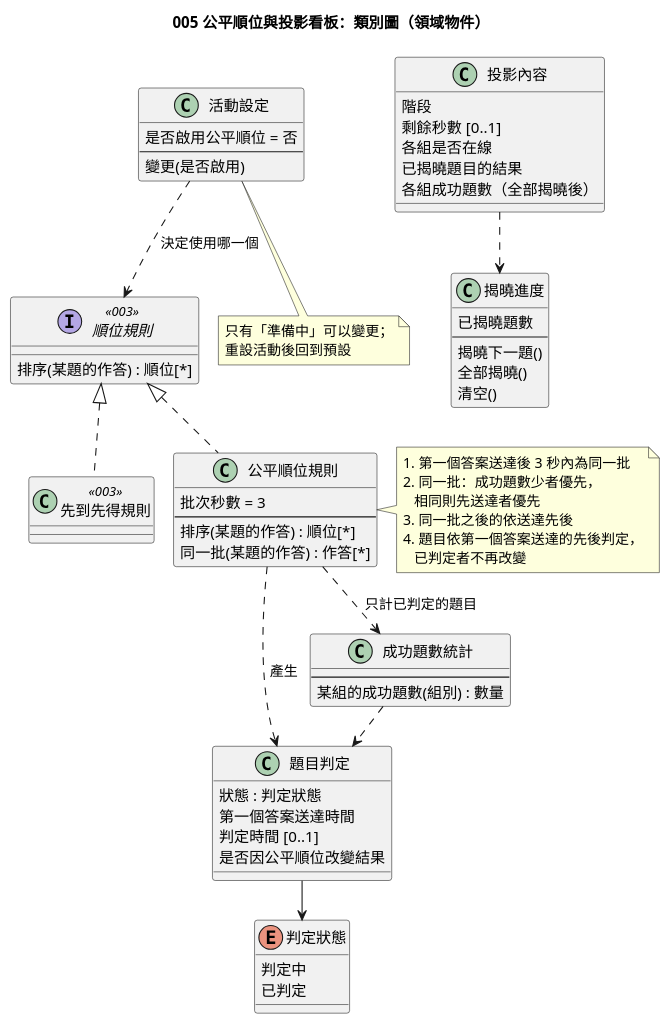
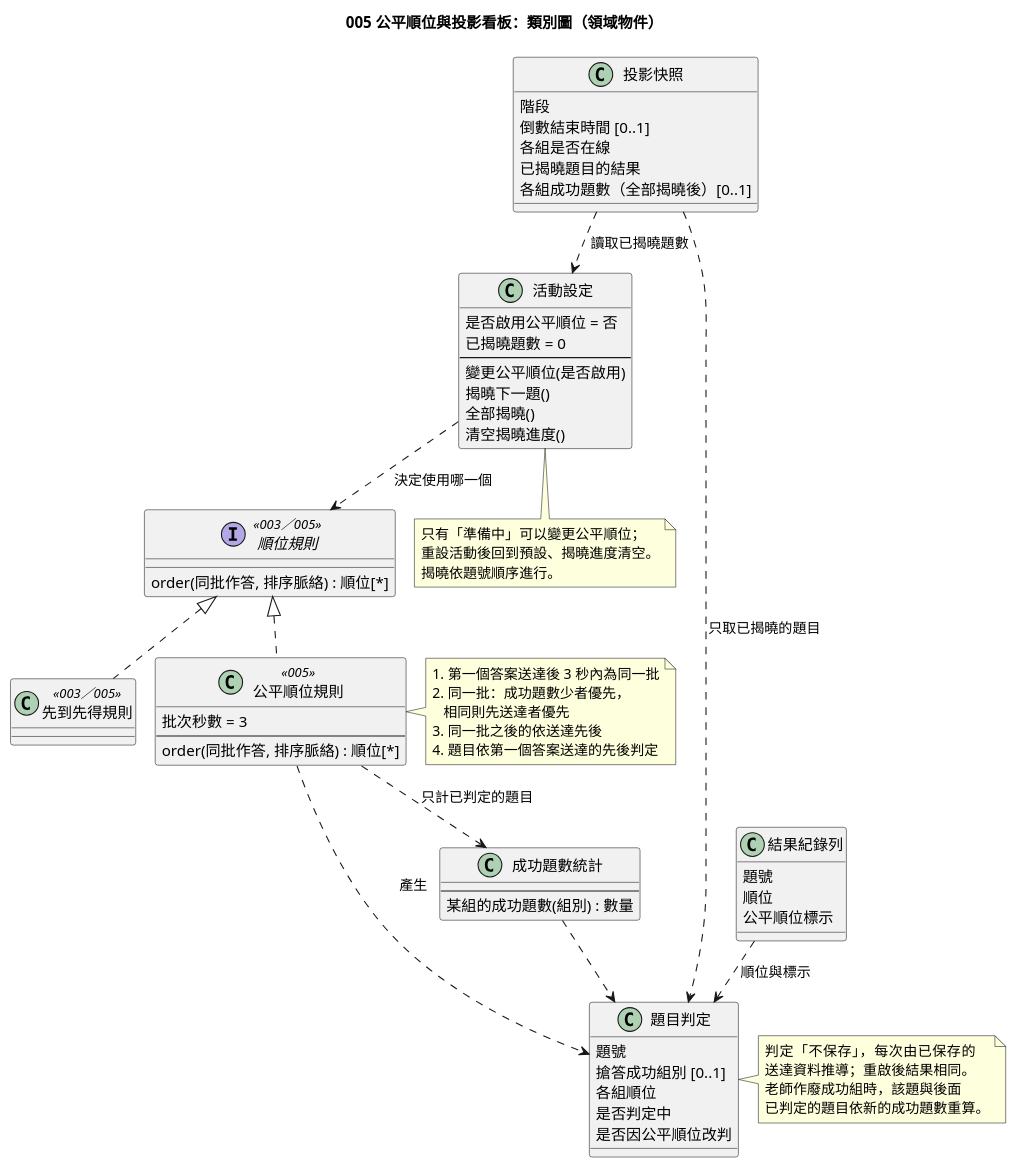
One commit to Danielweng0902/Answering-System_speckit changed the diagram in diagrams/005-fairness-and-extras-class.puml. Above: the diagram before and after it, drawn with PlantUML. The commit also changed 82 other files, not shown here.

```diff
--- a/diagrams/005-fairness-and-extras-class.puml
+++ b/diagrams/005-fairness-and-extras-class.puml
@@ -1,79 +1,84 @@
 @startuml
 !pragma layout smetana
 title 005 公平順位與投影看板：類別圖（領域物件）
 
-interface 順位規則 <<003>> {
-  排序(某題的作答) : 順位[*]
+interface 順位規則 <<003／005>> {
+  order(同批作答, 排序脈絡) : 順位[*]
 }
 
-class 先到先得規則 <<003>>
+class 先到先得規則 <<003／005>>
 
-class 公平順位規則 {
+class 公平順位規則 <<005>> {
   批次秒數 = 3
   --
-  排序(某題的作答) : 順位[*]
-  同一批(某題的作答) : 作答[*]
+  order(同批作答, 排序脈絡) : 順位[*]
 }
 
 class 活動設定 {
   是否啟用公平順位 = 否
+  已揭曉題數 = 0
   --
-  變更(是否啟用)
-}
-
-enum 判定狀態 {
-  判定中
-  已判定
+  變更公平順位(是否啟用)
+  揭曉下一題()
+  全部揭曉()
+  清空揭曉進度()
 }
 
 class 題目判定 {
-  狀態 : 判定狀態
-  第一個答案送達時間
-  判定時間 [0..1]
-  是否因公平順位改變結果
+  題號
+  搶答成功組別 [0..1]
+  各組順位
+  是否判定中
+  是否因公平順位改判
 }
 
 class 成功題數統計 {
   --
   某組的成功題數(組別) : 數量
 }
 
-class 揭曉進度 {
-  已揭曉題數
-  --
-  揭曉下一題()
-  全部揭曉()
-  清空()
+class 投影快照 {
+  階段
+  倒數結束時間 [0..1]
+  各組是否在線
+  已揭曉題目的結果
+  各組成功題數（全部揭曉後）[0..1]
 }
 
-class 投影內容 {
-  階段
-  剩餘秒數 [0..1]
-  各組是否在線
-  已揭曉題目的結果
-  各組成功題數（全部揭曉後）
+class 結果紀錄列 {
+  題號
+  順位
+  公平順位標示
 }
 
 順位規則 <|.. 先到先得規則
 順位規則 <|.. 公平順位規則
 活動設定 ..> 順位規則 : 決定使用哪一個
 公平順位規則 ..> 成功題數統計 : 只計已判定的題目
 公平順位規則 ..> 題目判定 : 產生
-題目判定 --> 判定狀態
 成功題數統計 ..> 題目判定
-投影內容 ..> 揭曉進度
+投影快照 ..> 活動設定 : 讀取已揭曉題數
+投影快照 ..> 題目判定 : 只取已揭曉的題目
+結果紀錄列 ..> 題目判定 : 順位與標示
 
 note right of 公平順位規則
   1. 第一個答案送達後 3 秒內為同一批
   2. 同一批：成功題數少者優先，
      相同則先送達者優先
   3. 同一批之後的依送達先後
-  4. 題目依第一個答案送達的先後判定，
-     已判定者不再改變
+  4. 題目依第一個答案送達的先後判定
+end note
+
+note right of 題目判定
+  判定「不保存」，每次由已保存的
+  送達資料推導；重啟後結果相同。
+  老師作廢成功組時，該題與後面
+  已判定的題目依新的成功題數重算。
 end note
 
 note bottom of 活動設定
-  只有「準備中」可以變更；
-  重設活動後回到預設
+  只有「準備中」可以變更公平順位；
+  重設活動後回到預設、揭曉進度清空。
+  揭曉依題號順序進行。
 end note
 @enduml
```
